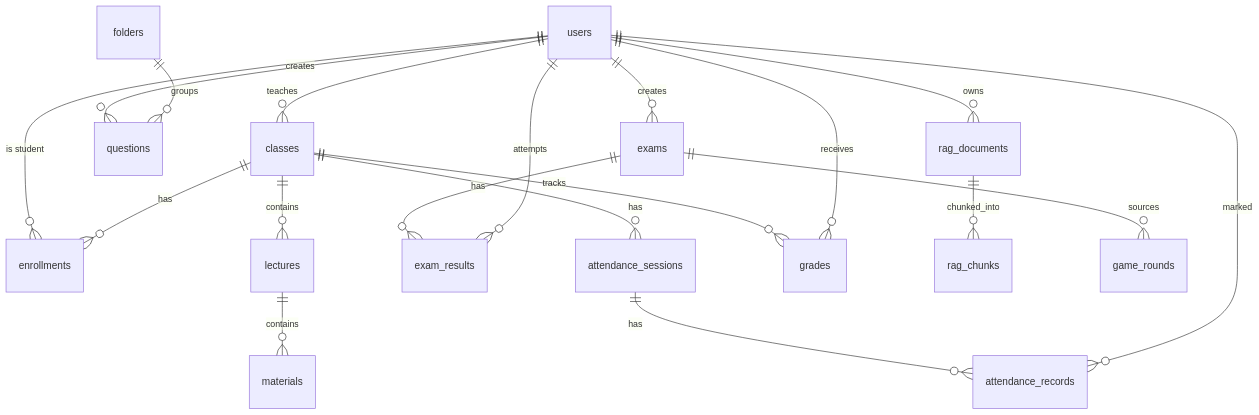
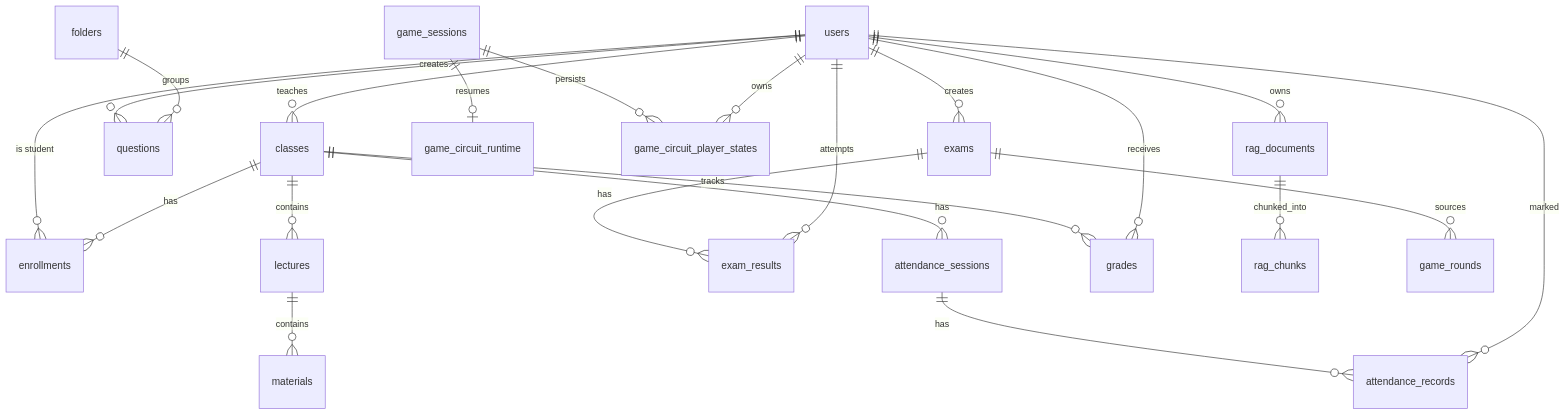
Before and after one commit to danghoangsqtt-sys/Smart_Lecture: the diagram in .DHSYSTEM/ARCHITECTURE.md, drawn with Mermaid. The commit also changed other lines of this file and 13 other files, not shown here.

````diff
--- a/.DHSYSTEM/ARCHITECTURE.md
+++ b/.DHSYSTEM/ARCHITECTURE.md
@@ -60,21 +60,24 @@
 ```mermaid
 erDiagram
     users ||--o{ classes : "teaches"
     users ||--o{ enrollments : "is student"
     classes ||--o{ enrollments : has
     classes ||--o{ lectures : contains
     lectures ||--o{ materials : contains
     users ||--o{ questions : creates
     folders ||--o{ questions : groups
     users ||--o{ exams : creates
     exams ||--o{ exam_results : has
     users ||--o{ exam_results : attempts
     classes ||--o{ attendance_sessions : has
     attendance_sessions ||--o{ attendance_records : has
     users ||--o{ attendance_records : marked
     classes ||--o{ grades : tracks
     users ||--o{ grades : receives
+    game_sessions ||--o| game_circuit_runtime : resumes
+    game_sessions ||--o{ game_circuit_player_states : persists
+    users ||--o{ game_circuit_player_states : owns
     users ||--o{ rag_documents : owns
     rag_documents ||--o{ rag_chunks : chunked_into
     exams ||--o{ game_rounds : sources
 ```
````
